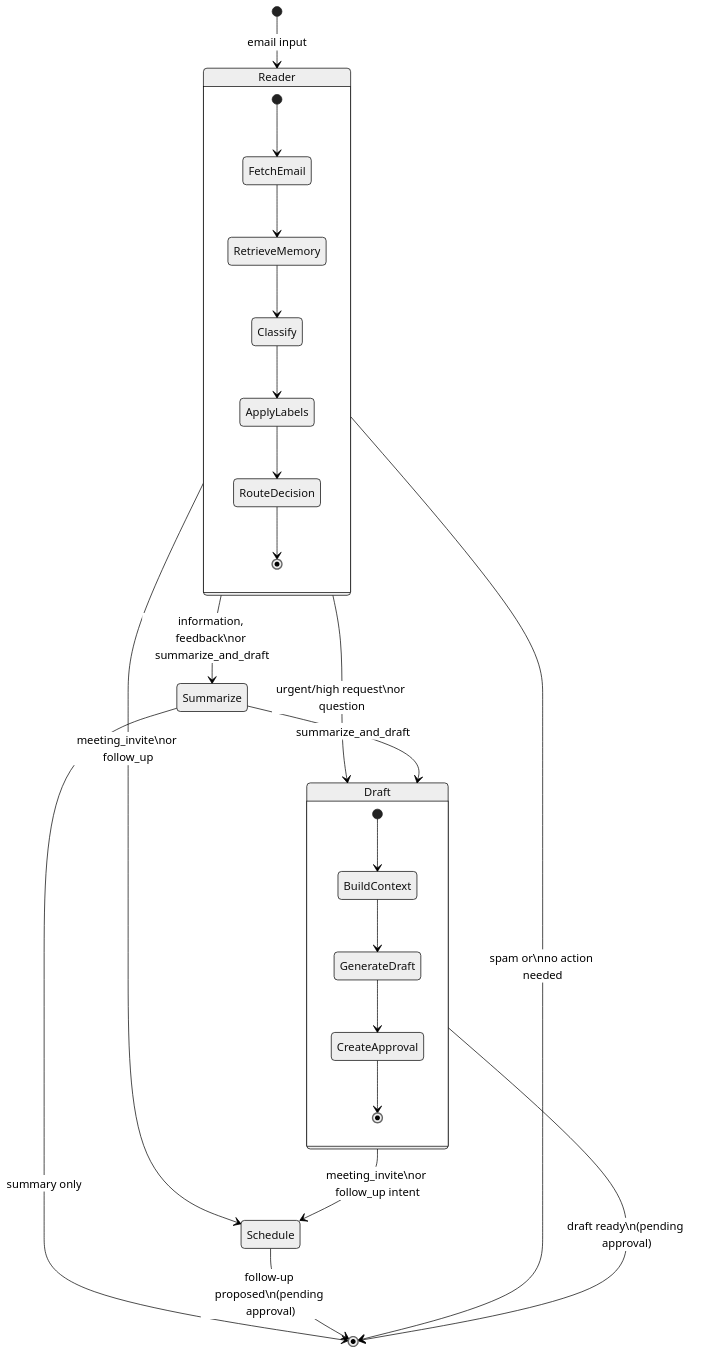
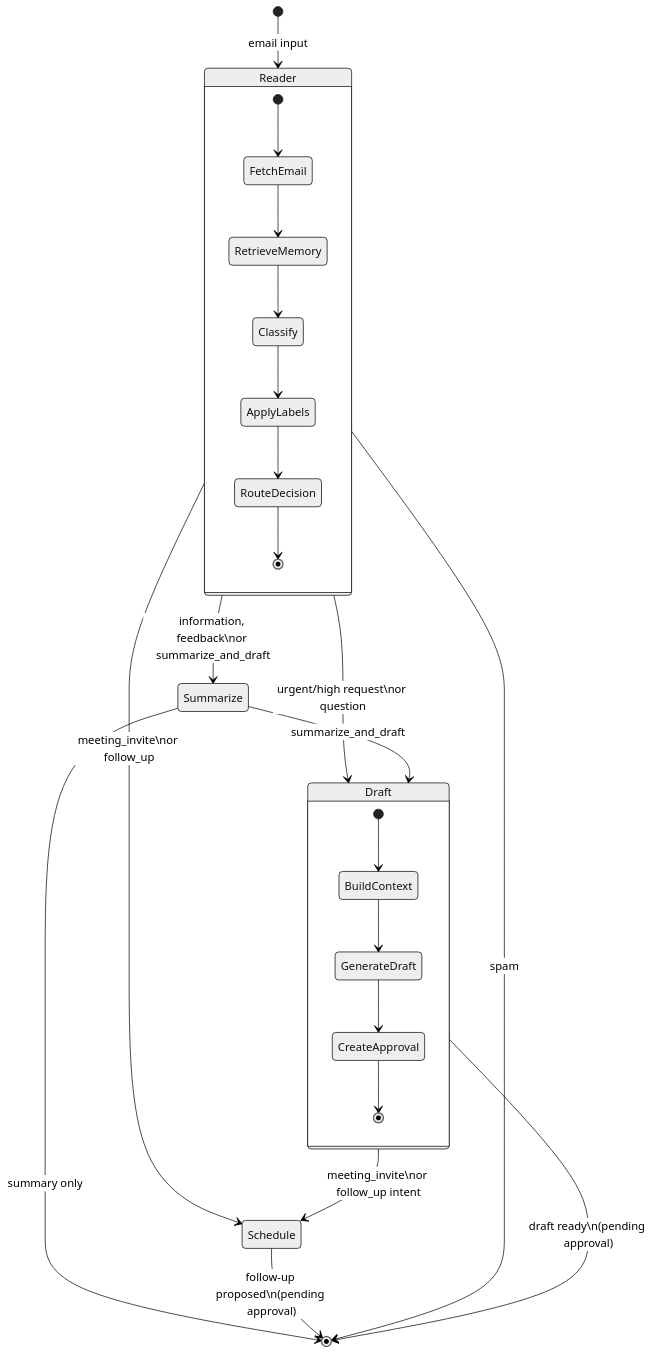
One commit to ArgirisBaras/betsson_assessment changed the third of 5 diagrams in docs/architecture.md. Above: the diagram before and after it, drawn with Mermaid (neutral theme). The commit also changed other lines of this file, not shown here.

Commit message:
docs: align architecture diagrams with implemented routing

````diff
--- a/docs/architecture.md
+++ b/docs/architecture.md
@@ -118,33 +118,33 @@
 ```mermaid
 stateDiagram-v2
     [*] --> Reader: email input
 
     Reader --> Draft: urgent/high request\nor question
     Reader --> Summarize: information, feedback\nor summarize_and_draft
     Reader --> Schedule: meeting_invite\nor follow_up
-    Reader --> [*]: spam or\nno action needed
+    Reader --> [*]: spam
 
     Summarize --> Draft: summarize_and_draft
     Summarize --> [*]: summary only
 
     Draft --> Schedule: meeting_invite\nor follow_up intent
     Draft --> [*]: draft ready\n(pending approval)
 
     Schedule --> [*]: follow-up proposed\n(pending approval)
 
     state Reader {
         [*] --> FetchEmail
         FetchEmail --> RetrieveMemory
         RetrieveMemory --> Classify
         Classify --> ApplyLabels
         ApplyLabels --> RouteDecision
         RouteDecision --> [*]
     }
 
     state Draft {
         [*] --> BuildContext
         BuildContext --> GenerateDraft
         GenerateDraft --> CreateApproval
         CreateApproval --> [*]
     }
 ```
````
